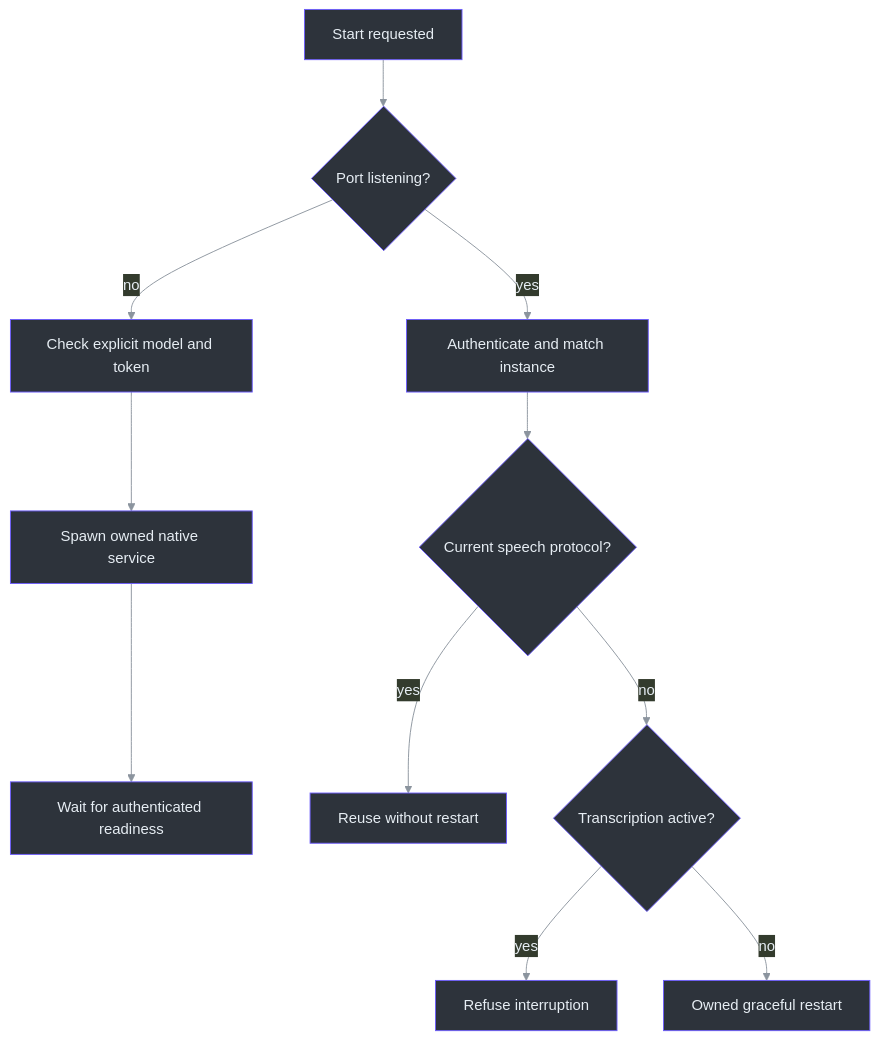
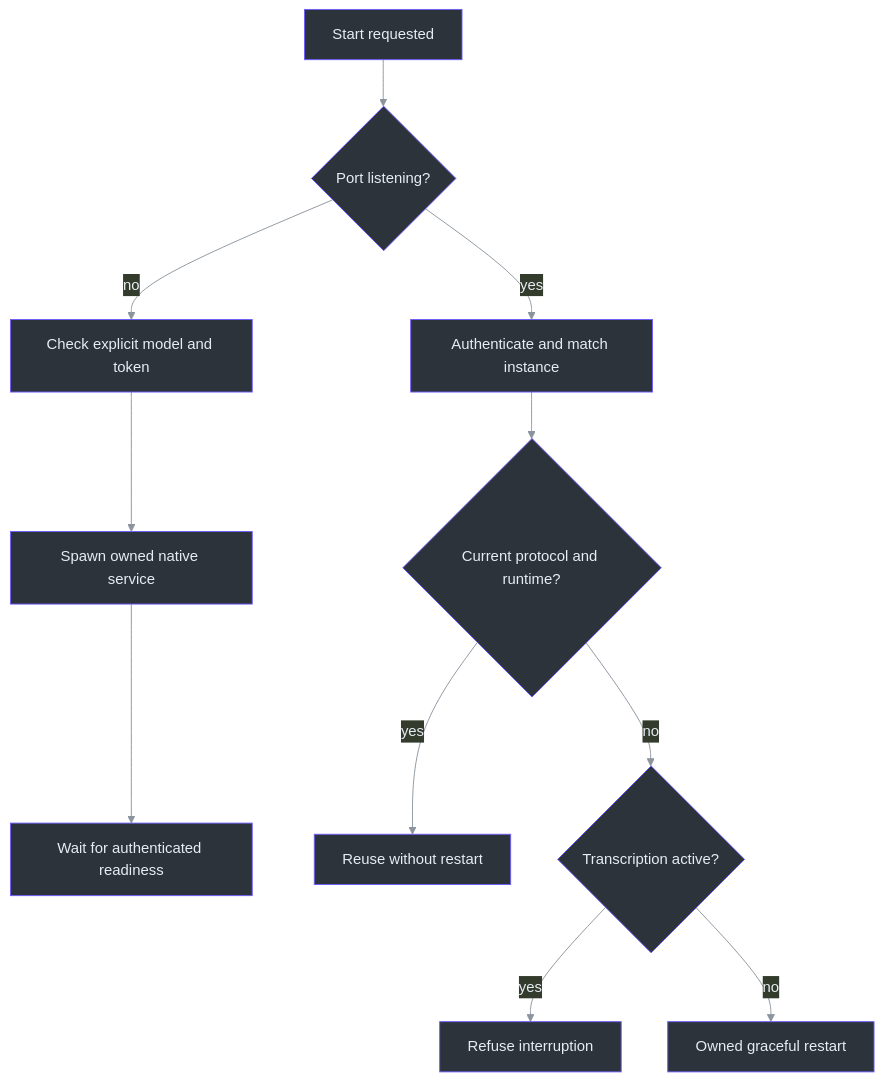
The second of 2 diagrams in docs/handbook/16-distribution-and-troubleshooting.md (Zanark/phantom-fudge), drawn with Mermaid before and after one commit. The commit also changed other lines of this file and 371 other files, not shown here.

````diff
--- a/docs/handbook/16-distribution-and-troubleshooting.md
+++ b/docs/handbook/16-distribution-and-troubleshooting.md
@@ -86,18 +91,18 @@
 ```mermaid
 ---
 config: {"theme":"base","themeVariables":{"primaryColor":"#2d333b","primaryBorderColor":"#6d5dfc","primaryTextColor":"#e6edf3","lineColor":"#8b949e","clusterBkg":"#161b22","clusterBorder":"#30363d"}}
 ---
 flowchart TB
     accTitle: Diagnose readiness through ownership
     accDescr: A listening port requires authenticated identity before reuse; absence requires explicit setup and an owned startup.
     Start["Start requested"] --> Port{"Port listening?"}
     Port -- no --> Setup["Check explicit model and token"]
     Setup --> Spawn["Spawn owned native service"]
     Spawn --> Ready["Wait for authenticated readiness"]
     Port -- yes --> Identity["Authenticate and match instance"]
-    Identity --> Compatible{"Current speech protocol?"}
+    Identity -->     Compatible{"Current protocol and runtime?"}
     Compatible -- yes --> Reuse["Reuse without restart"]
     Compatible -- no --> Active{"Transcription active?"}
     Active -- yes --> Refuse["Refuse interruption"]
     Active -- no --> Restart["Owned graceful restart"]
 ```
````
